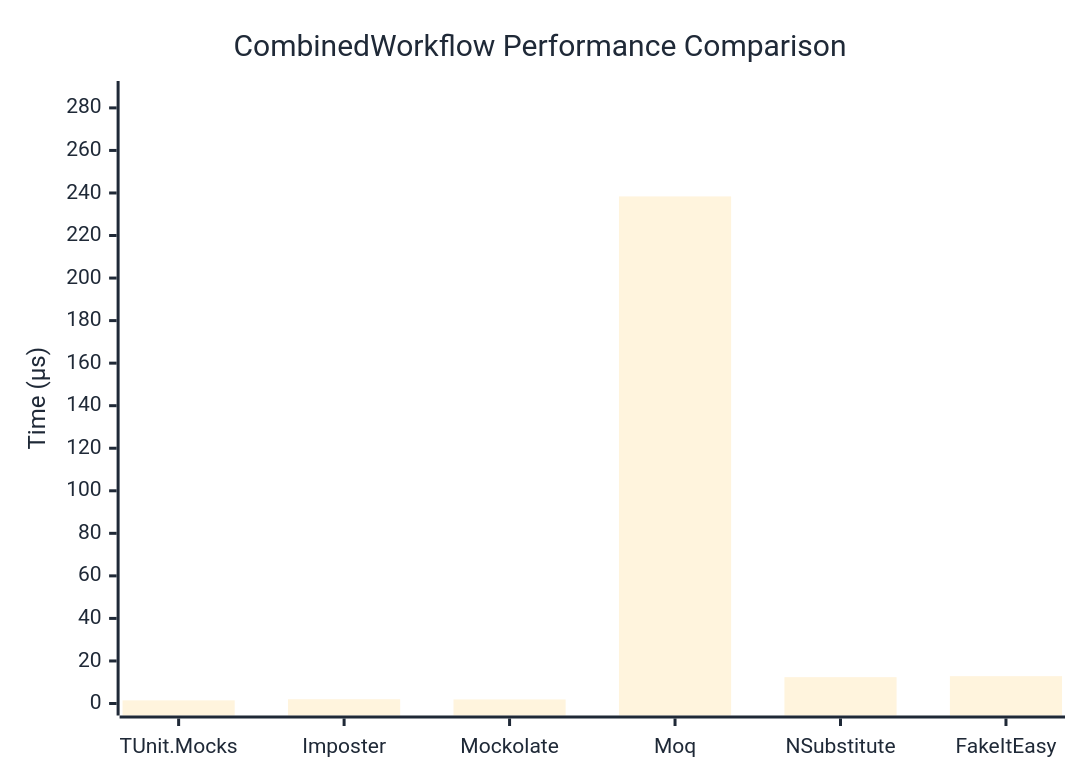
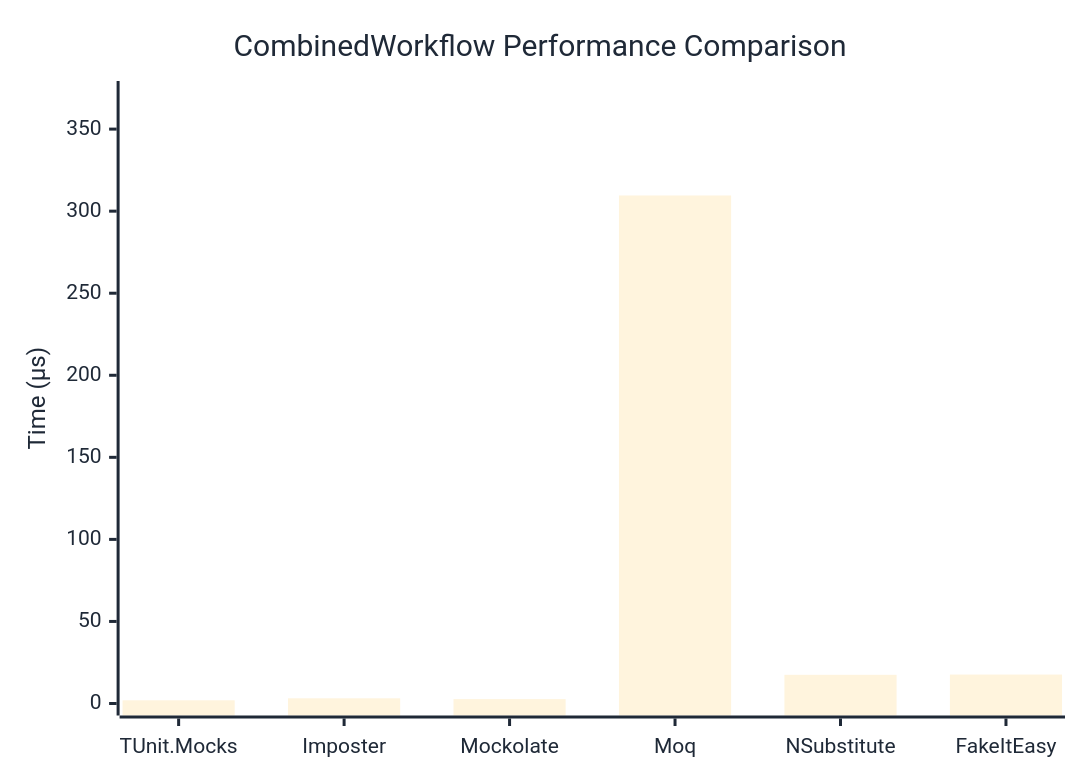
The diagram in docs/docs/benchmarks/mocks/CombinedWorkflow.md (thomhurst/TUnit), drawn with Mermaid before and after one commit. The commit also changed other lines of this file and 14 other files, not shown here.

````diff
--- a/docs/docs/benchmarks/mocks/CombinedWorkflow.md
+++ b/docs/docs/benchmarks/mocks/CombinedWorkflow.md
@@ -28,27 +28,27 @@
 ```mermaid
 %%{init: {
   'theme':'base',
   'themeVariables': {
     'primaryColor': '#2563eb',
     'primaryTextColor': '#1f2937',
     'primaryBorderColor': '#1e40af',
     'lineColor': '#6b7280',
     'secondaryColor': '#7c3aed',
     'tertiaryColor': '#dc2626',
     'background': '#ffffff',
     'pie1': '#2563eb',
     'pie2': '#7c3aed',
     'pie3': '#dc2626',
     'pie4': '#f59e0b',
     'pie5': '#10b981',
     'pie6': '#06b6d4',
     'pie7': '#ec4899',
     'pie8': '#6366f1'
   }
 }}%%
 xychart-beta
   title "CombinedWorkflow Performance Comparison"
   x-axis ["TUnit.Mocks", "Imposter", "Mockolate", "Moq", "NSubstitute", "FakeItEasy"]
-  y-axis "Time (μs)" 0 --> 287
-  bar [1.48, 2.015, 1.916, 238.385, 12.387, 12.854]
+  y-axis "Time (μs)" 0 --> 372
+  bar [1.939, 3.174, 2.672, 309.559, 17.479, 17.642]
 ```
````
